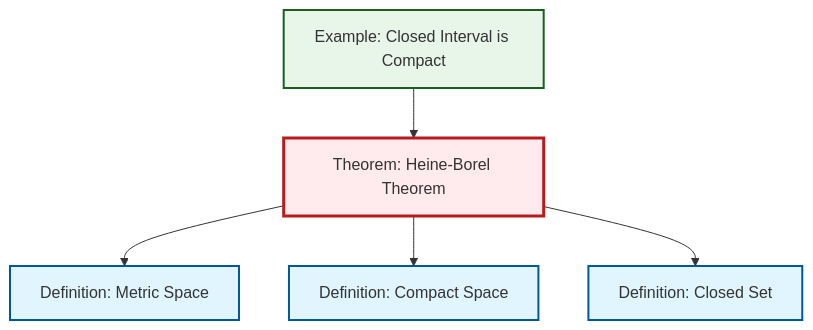
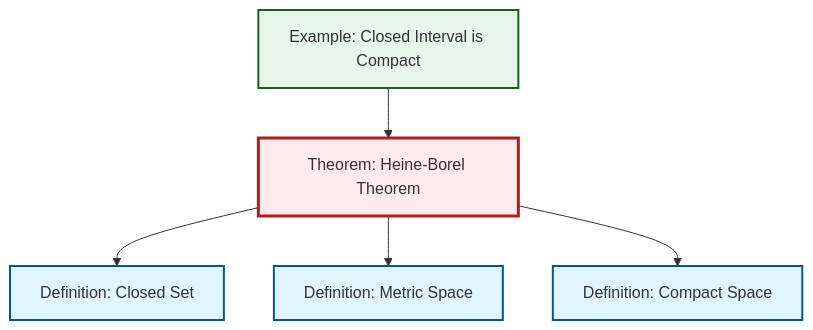
Before and after one commit to RK0429/ModernMath: the diagram in output/mermaid/thm-heine-borel.mermaid, drawn with Mermaid. The commit also changed other lines of this file and 474 other files, not shown here.

```diff
--- a/output/mermaid/thm-heine-borel.mermaid
+++ b/output/mermaid/thm-heine-borel.mermaid
@@ -1,17 +1,17 @@
 %%| fig-cap: "Local dependency graph"
 graph TD
     classDef definition fill:#e1f5fe,stroke:#01579b,stroke-width:2px
     classDef theorem fill:#f3e5f5,stroke:#4a148c,stroke-width:2px
     classDef axiom fill:#fff3e0,stroke:#e65100,stroke-width:2px
     classDef example fill:#e8f5e9,stroke:#1b5e20,stroke-width:2px
     classDef current fill:#ffebee,stroke:#b71c1c,stroke-width:3px
+    ex-closed-interval-compact["Example: Closed Interval is Compact"]:::example
+    thm-heine-borel["Theorem: Heine-Borel Theorem"]:::theorem
+    def-metric-space["Definition: Metric Space"]:::definition
     def-closed-set["Definition: Closed Set"]:::definition
-    ex-closed-interval-compact["Example: Closed Interval is Compact"]:::example
-    def-metric-space["Definition: Metric Space"]:::definition
-    thm-heine-borel["Theorem: Heine-Borel Theorem"]:::theorem
     def-compact["Definition: Compact Space"]:::definition
+    thm-heine-borel --> def-closed-set
+    thm-heine-borel --> def-metric-space
     ex-closed-interval-compact --> thm-heine-borel
-    thm-heine-borel --> def-metric-space
     thm-heine-borel --> def-compact
-    thm-heine-borel --> def-closed-set
     class thm-heine-borel current
```
